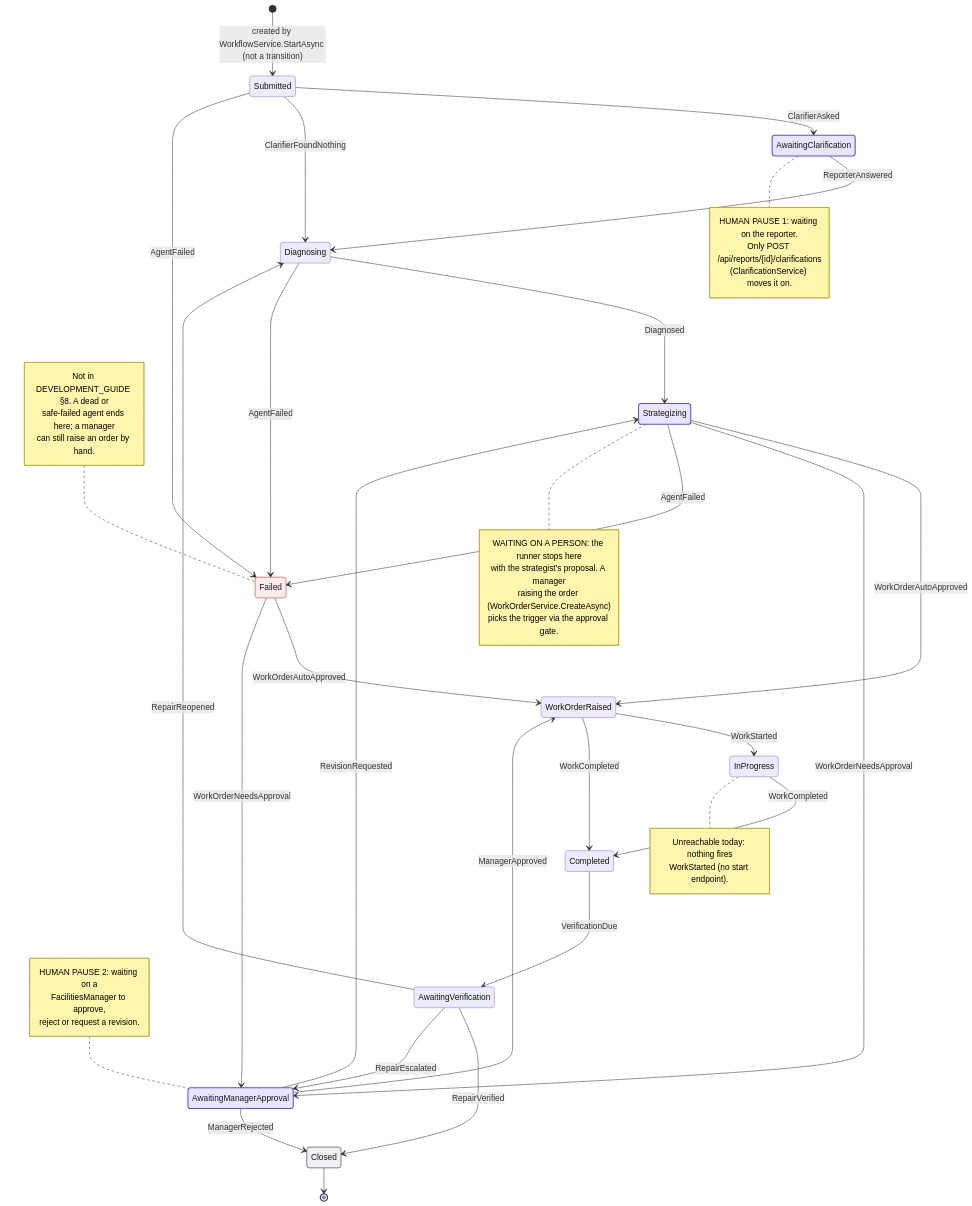
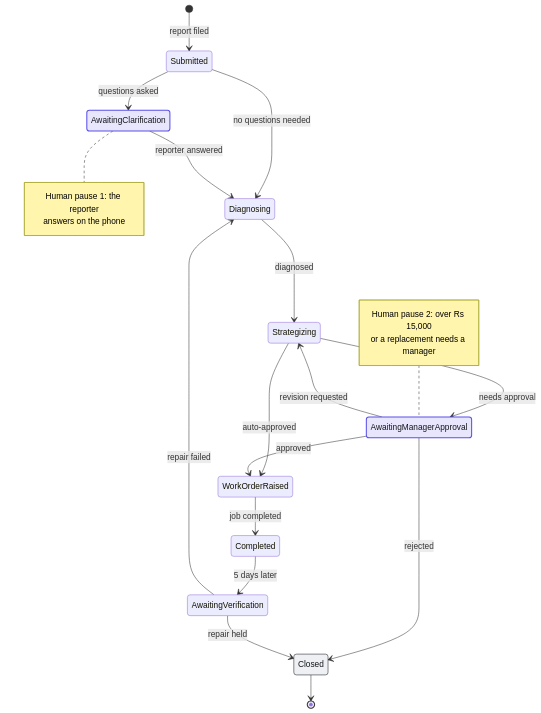
One commit to Hiruna01/MaintenX changed the diagram in docs/report/diagrams/workflow-state-machine.mmd. Above: the diagram before and after it, drawn with Mermaid. The commit also changed 141 other files, not shown here.

```diff
--- a/docs/report/diagrams/workflow-state-machine.mmd
+++ b/docs/report/diagrams/workflow-state-machine.mmd
@@ -1,80 +1,44 @@
-%% The workflow state machine, transcribed edge for edge from the Table dictionary in
-%% api/Services/WorkflowTransitions.cs (23 entries). States are exactly the members of
-%% api/Models/WorkflowState.cs; edge labels are exactly the members of
-%% api/Services/WorkflowTrigger.cs. Nothing here is not in the table.
-%% Edges that nothing in the code currently fires are listed in 03-architecture.md §3.4.3.
-%% Export: npx @mermaid-js/mermaid-cli -i workflow-state-machine.mmd -o workflow-state-machine.png -s 3 -b white
+%% The workflow state machine, SIMPLIFIED for the report (Figure 3.3): the main path and the
+%% two human pauses only. The complete table (22 transitions, including Failed and the edges
+%% nothing fires yet) is in workflow-state-machine-full.mmd and api/Services/WorkflowTransitions.cs.
 
 stateDiagram-v2
     direction TB
 
-    [*] --> Submitted : created by WorkflowService.StartAsync (not a transition)
+    [*] --> Submitted : report filed
 
-    Submitted --> AwaitingClarification : ClarifierAsked
-    Submitted --> Diagnosing : ClarifierFoundNothing
-    Submitted --> Failed : AgentFailed
+    Submitted --> AwaitingClarification : questions asked
+    Submitted --> Diagnosing : no questions needed
+    AwaitingClarification --> Diagnosing : reporter answered
 
-    AwaitingClarification --> Diagnosing : ReporterAnswered
+    Diagnosing --> Strategizing : diagnosed
 
-    Diagnosing --> Strategizing : Diagnosed
-    Diagnosing --> Failed : AgentFailed
+    Strategizing --> WorkOrderRaised : auto-approved
+    Strategizing --> AwaitingManagerApproval : needs approval
 
-    Strategizing --> WorkOrderRaised : WorkOrderAutoApproved
-    Strategizing --> AwaitingManagerApproval : WorkOrderNeedsApproval
-    Strategizing --> Failed : AgentFailed
+    AwaitingManagerApproval --> WorkOrderRaised : approved
+    AwaitingManagerApproval --> Strategizing : revision requested
+    AwaitingManagerApproval --> Closed : rejected
 
-    AwaitingManagerApproval --> WorkOrderRaised : ManagerApproved
-    AwaitingManagerApproval --> Closed : ManagerRejected
-    AwaitingManagerApproval --> Strategizing : RevisionRequested
+    WorkOrderRaised --> Completed : job completed
+    Completed --> AwaitingVerification : 5 days later
 
-    WorkOrderRaised --> InProgress : WorkStarted
-    WorkOrderRaised --> Completed : WorkCompleted
-    InProgress --> Completed : WorkCompleted
-
-    Completed --> AwaitingVerification : VerificationDue
-
-    AwaitingVerification --> Closed : RepairVerified
-    AwaitingVerification --> Diagnosing : RepairReopened
-    AwaitingVerification --> AwaitingManagerApproval : RepairEscalated
-
-    Failed --> WorkOrderRaised : WorkOrderAutoApproved
-    Failed --> AwaitingManagerApproval : WorkOrderNeedsApproval
+    AwaitingVerification --> Closed : repair held
+    AwaitingVerification --> Diagnosing : repair failed
 
     Closed --> [*]
 
     note right of AwaitingClarification
-        HUMAN PAUSE 1: waiting on the reporter.
-        Only POST /api/reports/{id}/clarifications
-        (ClarificationService) moves it on.
-    end note
-
-    note right of Strategizing
-        WAITING ON A PERSON: the runner stops here
-        with the strategist's proposal. A manager
-        raising the order (WorkOrderService.CreateAsync)
-        picks the trigger via the approval gate.
+        Human pause 1: the reporter
+        answers on the phone
     end note
 
     note left of AwaitingManagerApproval
-        HUMAN PAUSE 2: waiting on a
-        FacilitiesManager to approve,
-        reject or request a revision.
+        Human pause 2: over Rs 15,000
+        or a replacement needs a manager
     end note
 
-    note right of InProgress
-        Unreachable today: nothing fires
-        WorkStarted (no start endpoint).
-    end note
-
-    note left of Failed
-        Not in DEVELOPMENT_GUIDE §8. A dead or
-        safe-failed agent ends here; a manager
-        can still raise an order by hand.
-    end note
-
-    classDef waiting fill:#E8E6FC,stroke:#5B50E8,stroke-width:2px,color:#15171C
-    classDef terminal fill:#EEF0F3,stroke:#15171C,color:#15171C
-    classDef failed fill:#FDECEC,stroke:#B42318,color:#15171C
-    class AwaitingClarification,AwaitingManagerApproval,Strategizing waiting
-    class Closed terminal
-    class Failed failed
+    classDef pause fill:#E8E6FC,stroke:#5B50E8,stroke-width:2px,color:#15171C
+    classDef done fill:#EEF0F3,stroke:#15171C,color:#15171C
+    class AwaitingClarification,AwaitingManagerApproval pause
+    class Closed done
```
